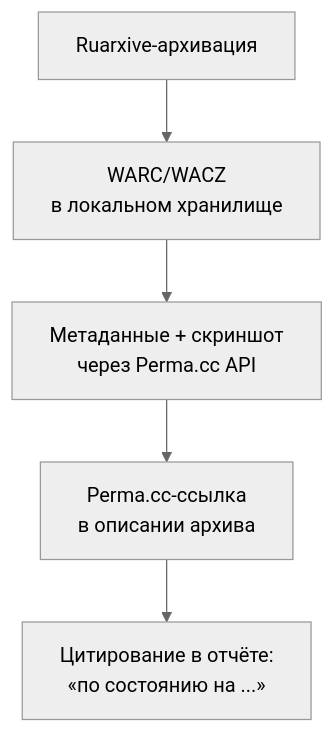
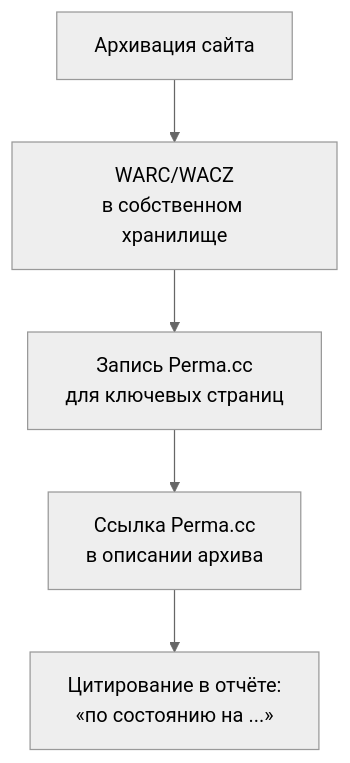
Before and after one commit to ruarxive/ruarxive.github.io: the diagram in kb/similar/perma-cc.md, drawn with Mermaid (neutral theme). The commit also changed other lines of this file and 200 other files, not shown here.

````diff
--- a/kb/similar/perma-cc.md
+++ b/kb/similar/perma-cc.md
@@ -250,7 +146,7 @@
 ```mermaid
 flowchart TB
-    A["Ruarxive-архивация"] --> B["WARC/WACZ<br/>в локальном хранилище"]
-    B --> C["Метаданные + скриншот<br/>через Perma.cc API"]
-    C --> D["Perma.cc-ссылка<br/>в описании архива"]
+    A["Архивация сайта"] --> B["WARC/WACZ<br/>в собственном хранилище"]
+    B --> C["Запись Perma.cc<br/>для ключевых страниц"]
+    C --> D["Ссылка Perma.cc<br/>в описании архива"]
     D --> E["Цитирование в отчёте:<br/>«по состоянию на ...»"]
 ```
````
